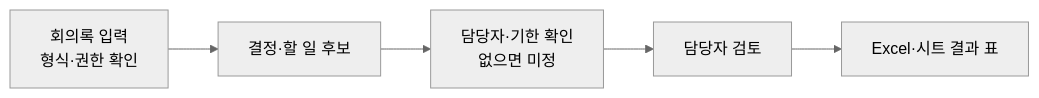
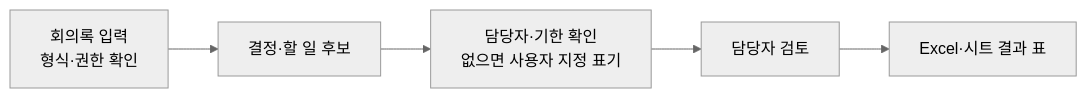
Before and after one commit to coldgeon/toolmeet: the diagram in docs/PRODUCT.md, drawn with Mermaid (neutral theme). The commit also changed other lines of this file and 4 other files, not shown here.

````diff
--- a/docs/PRODUCT.md
+++ b/docs/PRODUCT.md
@@ -158,7 +165,7 @@
 ```mermaid
 flowchart LR
     A["회의록 입력<br/>형식·권한 확인"] --> B["결정·할 일 후보"]
-    B --> C["담당자·기한 확인<br/>없으면 미정"]
+    B --> C["담당자·기한 확인<br/>없으면 사용자 지정 표기"]
     C --> D["담당자 검토"]
     D --> E["Excel·시트 결과 표"]
 ```
````
